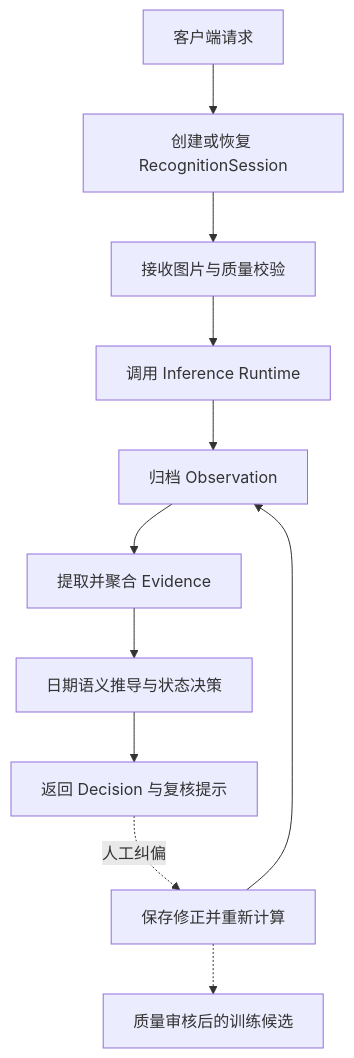
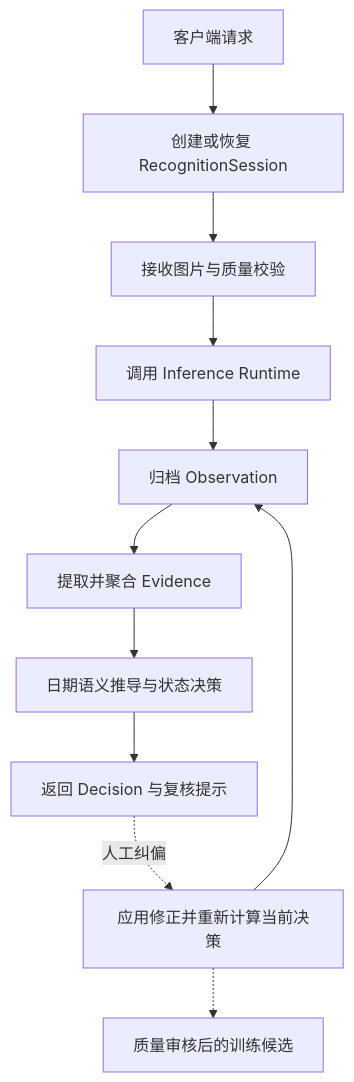
The first of 2 diagrams in README.md (QingMouFoodDate/TrainPlatform), drawn with Mermaid before and after one commit. The commit also changed other lines of this file, not shown here.

````diff
--- a/README.md
+++ b/README.md
@@ -33,13 +39,13 @@
 ```mermaid
 flowchart TD
     A["客户端请求"] --> B["创建或恢复 RecognitionSession"]
     B --> C["接收图片与质量校验"]
     C --> D["调用 Inference Runtime"]
     D --> E["归档 Observation"]
     E --> F["提取并聚合 Evidence"]
     F --> G["日期语义推导与状态决策"]
     G --> H["返回 Decision 与复核提示"]
-    H -.->|"人工纠偏"| I["保存修正并重新计算"]
+    H -.->|"人工纠偏"| I["应用修正并重新计算当前决策"]
     I --> E
     I -.-> J["质量审核后的训练候选"]
 ```
````
